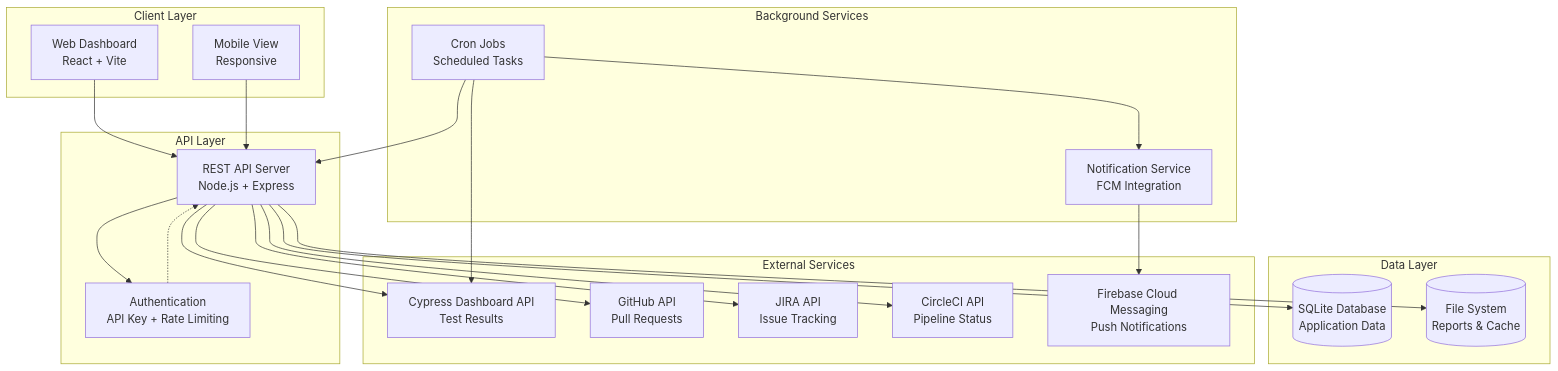
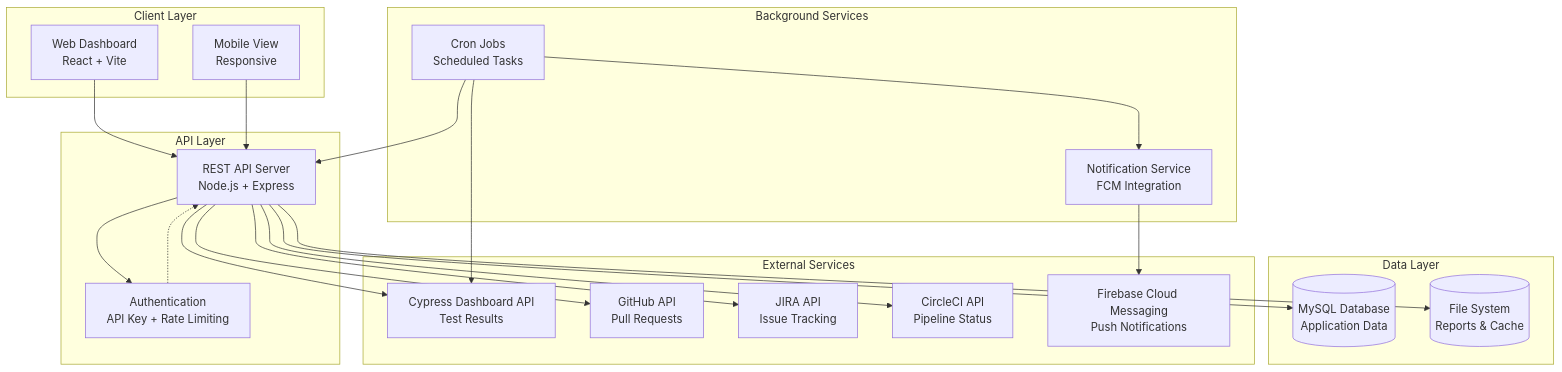
One commit to jayc13/my-dashboard changed the first of 4 diagrams in docs/docs/architecture/overview.md. Above: the diagram before and after it, drawn with Mermaid. The commit also changed other lines of this file and 18 other files, not shown here.

````diff
--- a/docs/docs/architecture/overview.md
+++ b/docs/docs/architecture/overview.md
@@ -7,48 +7,48 @@
 ```mermaid
 graph TB
     subgraph "Client Layer"
         WEB[Web Dashboard<br/>React + Vite]
         MOBILE[Mobile View<br/>Responsive]
     end
     
     subgraph "API Layer"
         API[REST API Server<br/>Node.js + Express]
         AUTH[Authentication<br/>API Key + Rate Limiting]
     end
     
     subgraph "Background Services"
         CRON[Cron Jobs<br/>Scheduled Tasks]
         NOTIF[Notification Service<br/>FCM Integration]
     end
     
     subgraph "Data Layer"
-        DB[(SQLite Database<br/>Application Data)]
+        DB[(MySQL Database<br/>Application Data)]
         FILES[(File System<br/>Reports & Cache)]
     end
     
     subgraph "External Services"
         CYPRESS[Cypress Dashboard API<br/>Test Results]
         GITHUB[GitHub API<br/>Pull Requests]
         JIRA[JIRA API<br/>Issue Tracking]
         CIRCLECI[CircleCI API<br/>Pipeline Status]
         FCM[Firebase Cloud Messaging<br/>Push Notifications]
     end
     
     WEB --> API
     MOBILE --> API
     API --> AUTH
     API --> DB
     API --> FILES
     API --> CYPRESS
     API --> GITHUB
     API --> JIRA
     API --> CIRCLECI
     
     CRON --> API
     CRON --> CYPRESS
     CRON --> NOTIF
     
     NOTIF --> FCM
     
     AUTH -.-> API
 ```
````
